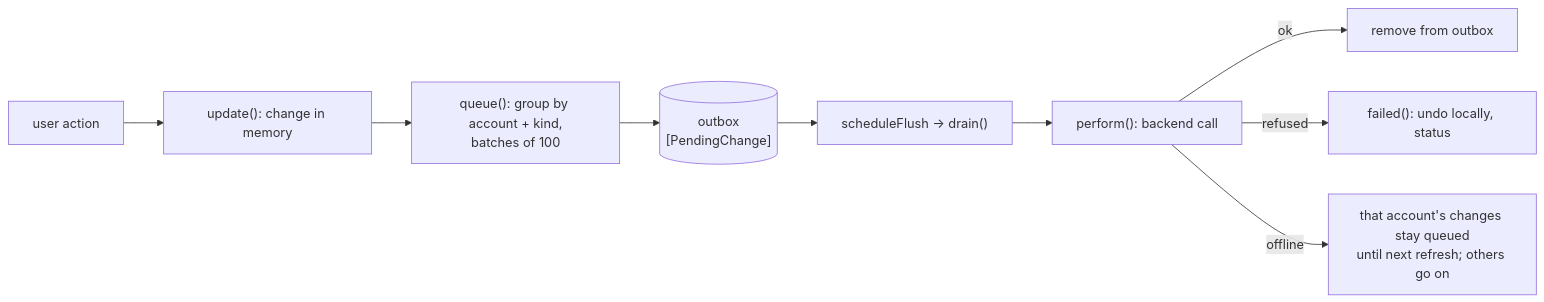
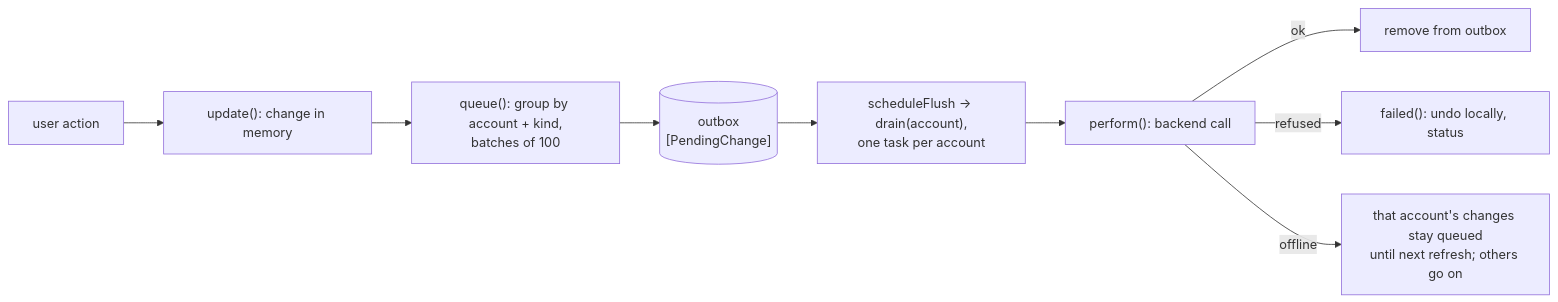
The second of 2 diagrams in specs/system/architecture.md (tillg/MacExchangeClient), drawn with Mermaid before and after one commit. The commit also changed other lines of this file, not shown here.

Commit message:
docs(architecture): per-account drain and quick check, fault retries (BUG-225, BUG-165)

````diff
--- a/specs/system/architecture.md
+++ b/specs/system/architecture.md
@@ -136,8 +138,8 @@
 ```mermaid
 flowchart LR
     U["user action"] --> UP["update(): change in memory"] --> Q["queue(): group by account + kind,<br/>batches of 100"] --> O[("outbox<br/>[PendingChange]")]
-    O --> F["scheduleFlush → drain()"] --> P["perform(): backend call"]
+    O --> F["scheduleFlush → drain(account),<br/>one task per account"] --> P["perform(): backend call"]
     P -->|ok| R["remove from outbox"]
     P -->|refused| FL["failed(): undo locally, status"]
     P -->|offline| W["that account's changes stay queued<br/>until next refresh; others go on"]
 ```
````
